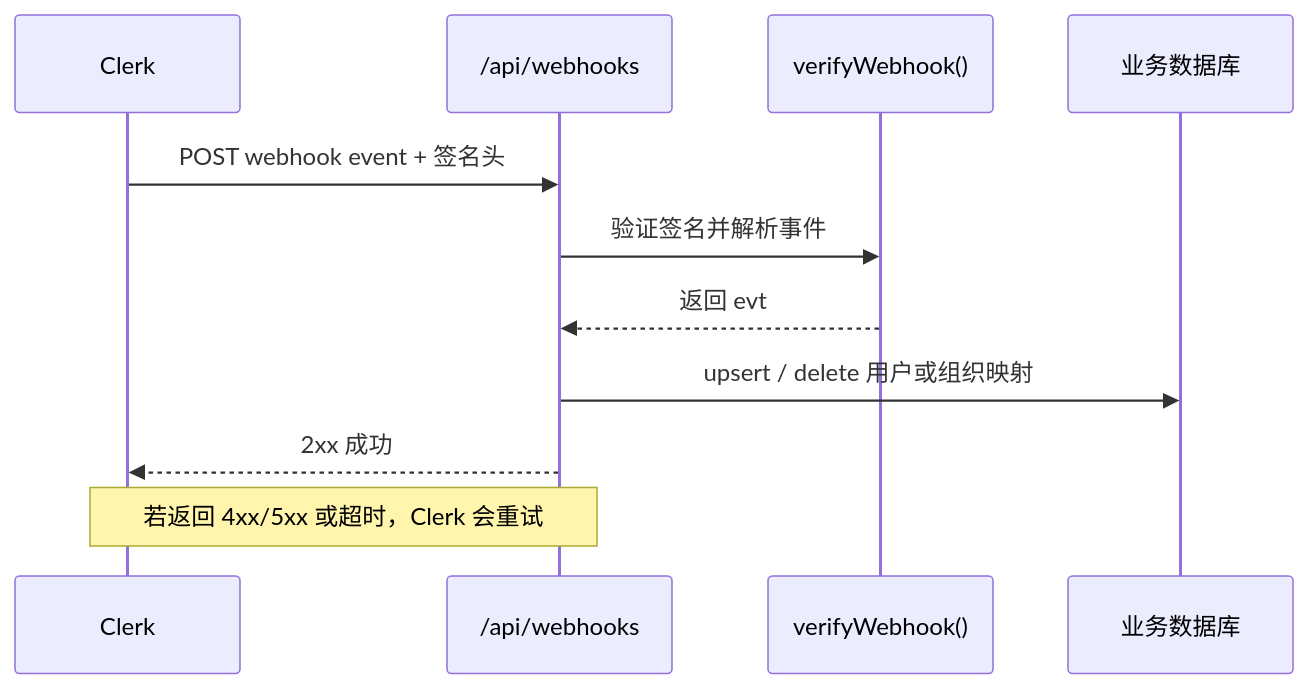
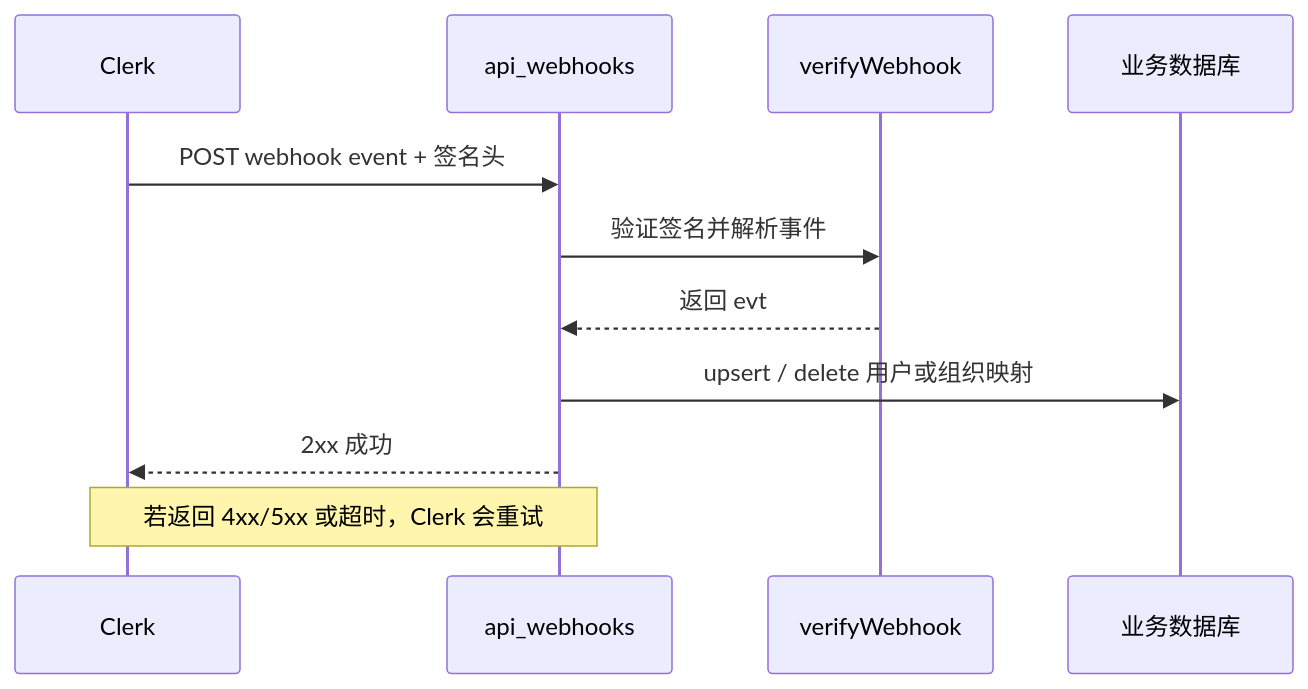
Before and after one commit to H-1234-S/Note: the seventh of 13 diagrams in Front-end notes/Clerk/Clerk学习指南.md, drawn with Mermaid. The commit also changed other lines of this file and 1 other file, not shown here.

````diff
--- a/Front-end notes/Clerk/Clerk学习指南.md
+++ b/Front-end notes/Clerk/Clerk学习指南.md
@@ -344,14 +344,14 @@
 ```mermaid
 sequenceDiagram
   participant C as Clerk
-  participant W as /api/webhooks
-  participant V as verifyWebhook()
+  participant W as api_webhooks
+  participant V as verifyWebhook
   participant DB as 业务数据库
 
   C->>W: POST webhook event + 签名头
   W->>V: 验证签名并解析事件
   V-->>W: 返回 evt
   W->>DB: upsert / delete 用户或组织映射
   W-->>C: 2xx 成功
   Note over C,W: 若返回 4xx/5xx 或超时，Clerk 会重试
 ```
````
